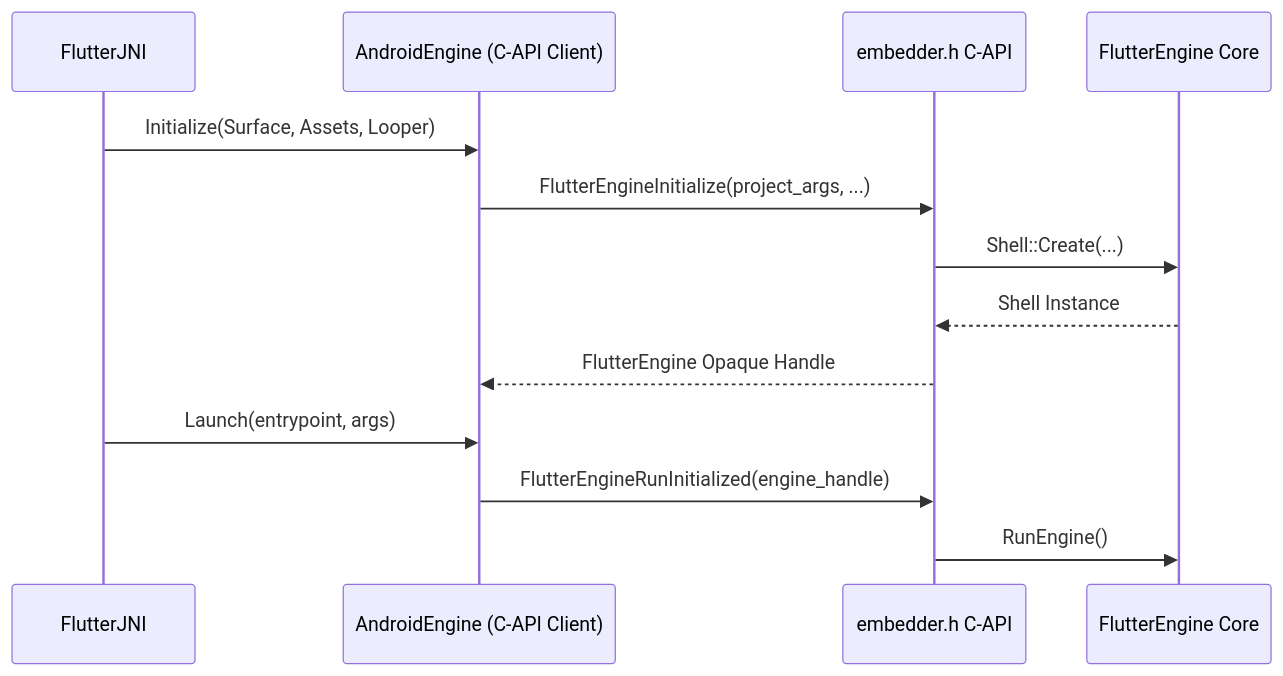
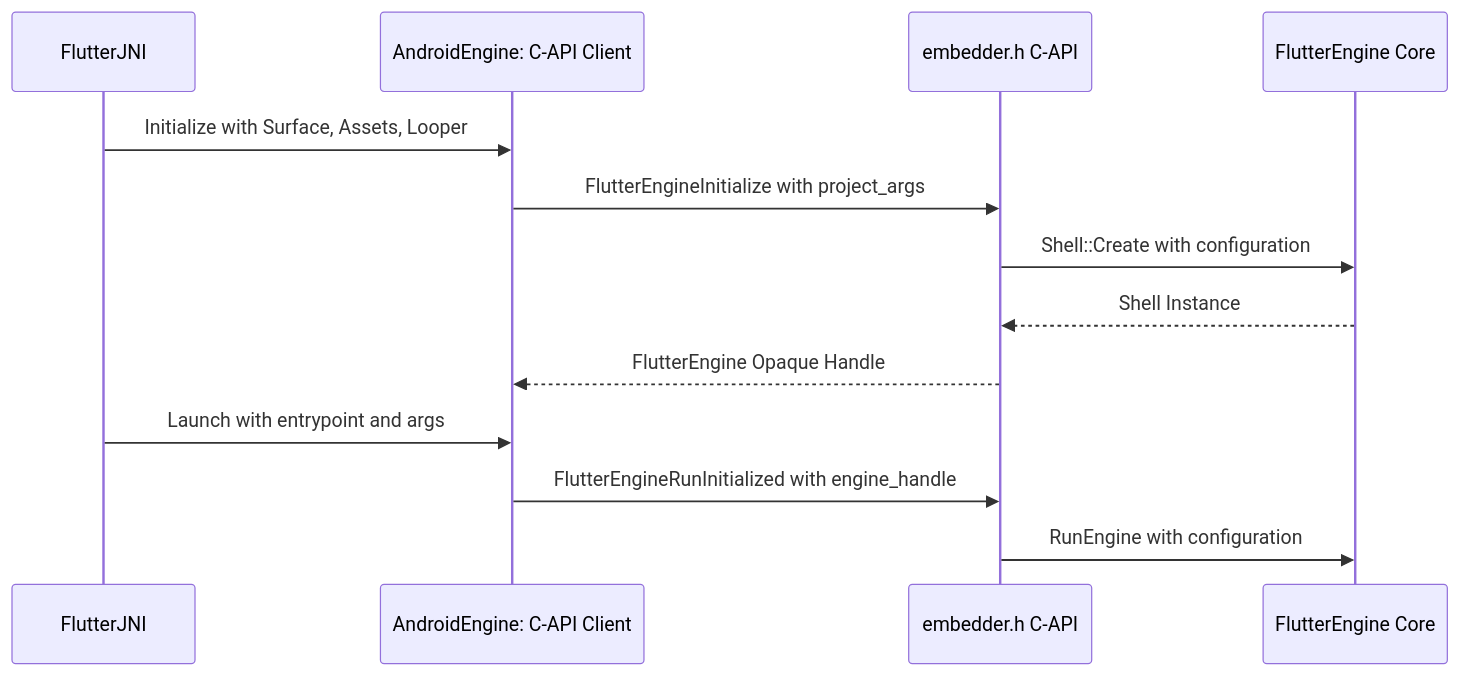
Before and after one commit to mboetger/rfc: the sixth of 12 diagrams in rfc/410.0000-flutter-android-embedder-c-api-migration.md, drawn with Mermaid. The commit also changed other lines of this file, not shown here.

Commit message:
docs(rfc): remove parentheses from mermaid diagrams to ensure robust rendering

````diff
--- a/rfc/410.0000-flutter-android-embedder-c-api-migration.md
+++ b/rfc/410.0000-flutter-android-embedder-c-api-migration.md
@@ -1186,16 +1186,16 @@
 ```mermaid
 sequenceDiagram
     participant FlutterJNI
-    participant AndroidEngine as AndroidEngine (C-API Client)
+    participant AndroidEngine as AndroidEngine: C-API Client
     participant EmbedderAPI as embedder.h C-API
     participant Core as FlutterEngine Core
 
-    FlutterJNI->>AndroidEngine: Initialize(Surface, Assets, Looper)
-    AndroidEngine->>EmbedderAPI: FlutterEngineInitialize(project_args, ...)
-    EmbedderAPI->>Core: Shell::Create(...)
+    FlutterJNI->>AndroidEngine: Initialize with Surface, Assets, Looper
+    AndroidEngine->>EmbedderAPI: FlutterEngineInitialize with project_args
+    EmbedderAPI->>Core: Shell::Create with configuration
     Core-->>EmbedderAPI: Shell Instance
     EmbedderAPI-->>AndroidEngine: FlutterEngine Opaque Handle
-    FlutterJNI->>AndroidEngine: Launch(entrypoint, args)
-    AndroidEngine->>EmbedderAPI: FlutterEngineRunInitialized(engine_handle)
-    EmbedderAPI->>Core: RunEngine()
+    FlutterJNI->>AndroidEngine: Launch with entrypoint and args
+    AndroidEngine->>EmbedderAPI: FlutterEngineRunInitialized with engine_handle
+    EmbedderAPI->>Core: RunEngine with configuration
 ```
````
